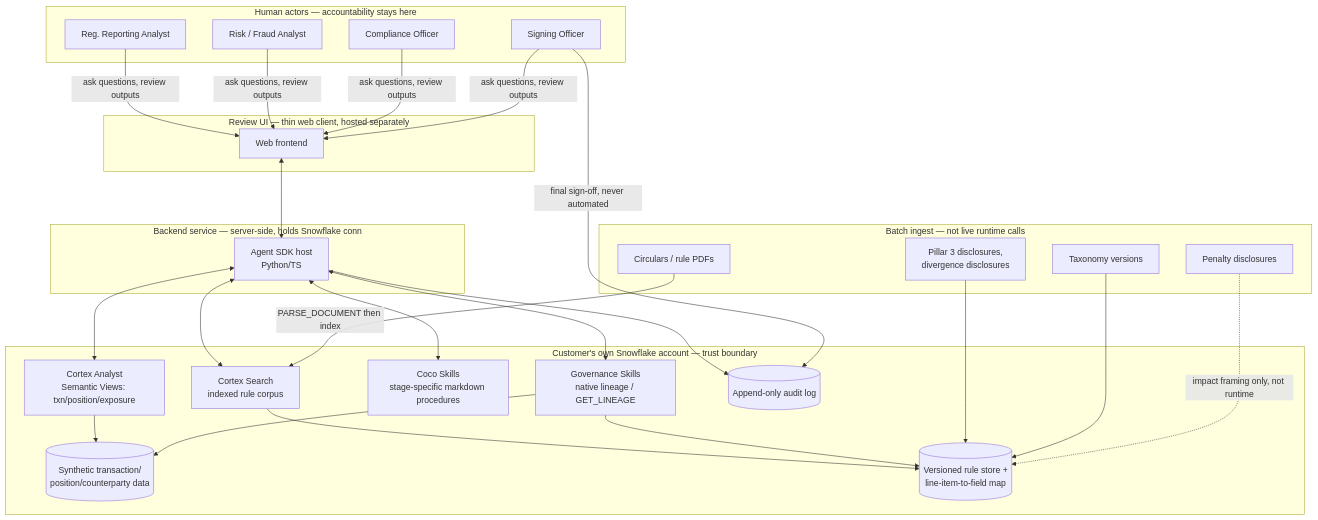
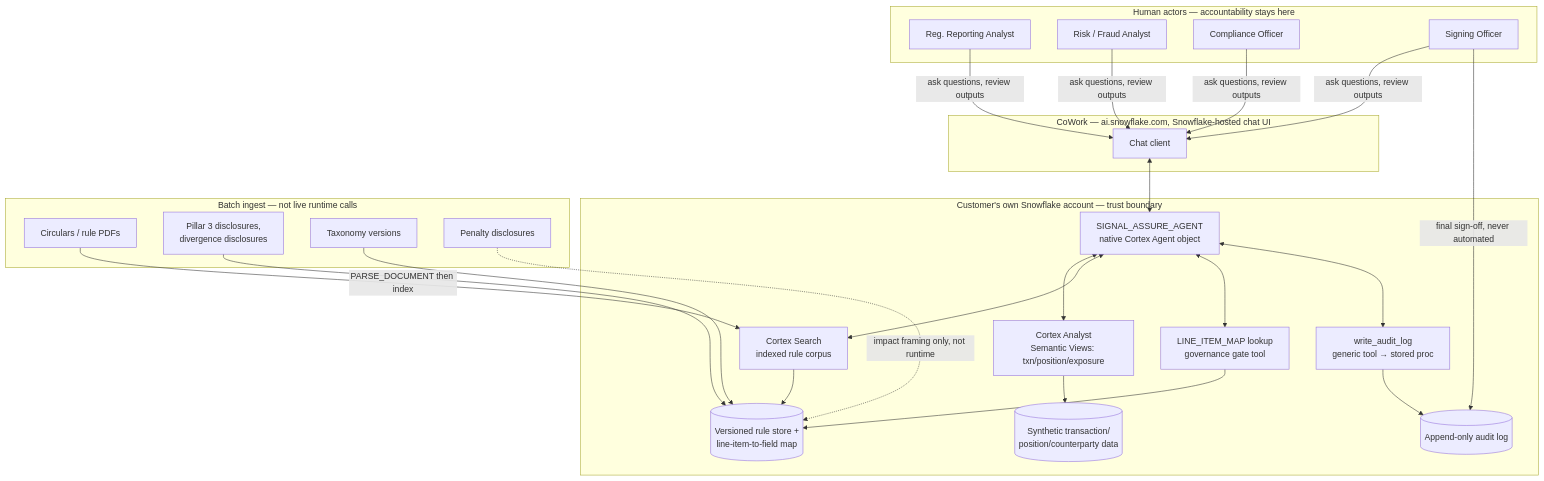
One commit to OlixIgnacious/praman changed the first of 5 diagrams in architecture.md. Above: the diagram before and after it, drawn with Mermaid. The commit also changed other lines of this file and 1 other file, not shown here.

First line of the commit message:
Sync architecture.md and README.md with actual build state

````diff
--- a/architecture.md
+++ b/architecture.md
@@ -28,53 +28,49 @@
 ```mermaid
 flowchart TB
     subgraph humans["Human actors — accountability stays here"]
         A[Reg. Reporting Analyst]
         B[Risk / Fraud Analyst]
         C[Compliance Officer]
         D[Signing Officer]
     end
 
-    subgraph frontend["Review UI — thin web client, hosted separately"]
-        UI[Web frontend]
-    end
-
-    subgraph backend["Backend service — server-side, holds Snowflake conn"]
-        SVC[Agent SDK host<br/>Python/TS]
+    subgraph cowork["CoWork — ai.snowflake.com, Snowflake-hosted chat UI"]
+        UI[Chat client]
     end
 
     subgraph snowflake["Customer's own Snowflake account — trust boundary"]
+        AGENT[SIGNAL_ASSURE_AGENT<br/>native Cortex Agent object]
         CA[Cortex Analyst<br/>Semantic Views: txn/position/exposure]
         CS[Cortex Search<br/>indexed rule corpus]
-        SK[Coco Skills<br/>stage-specific markdown procedures]
-        GOV[Governance Skills<br/>native lineage / GET_LINEAGE]
+        LIM[LINE_ITEM_MAP lookup<br/>governance gate tool]
+        SP[write_audit_log<br/>generic tool → stored proc]
         DATA[(Synthetic transaction/<br/>position/counterparty data)]
         RULES[(Versioned rule store +<br/>line-item-to-field map)]
         AUDIT[(Append-only audit log)]
     end
 
     subgraph ingest["Batch ingest — not live runtime calls"]
         PDF[Circulars / rule PDFs]
         FILINGS[Pillar 3 disclosures,<br/>divergence disclosures]
         TAX[Taxonomy versions]
         PEN[Penalty disclosures]
     end
 
     A & B & C & D -->|ask questions, review outputs| UI
-    UI <--> SVC
-    SVC <--> CA
-    SVC <--> CS
-    SVC <--> SK
-    SVC <--> GOV
+    UI <--> AGENT
+    AGENT <--> CA
+    AGENT <--> CS
+    AGENT <--> LIM
+    AGENT <--> SP
     CA --> DATA
     CS --> RULES
-    GOV --> DATA
-    GOV --> RULES
-    SVC --> AUDIT
+    LIM --> RULES
+    SP --> AUDIT
 
     PDF -->|PARSE_DOCUMENT then index| CS
     FILINGS --> RULES
     TAX --> RULES
     PEN -.->|impact framing only, not runtime| RULES
 
     D -->|final sign-off, never automated| AUDIT
 ```
````
